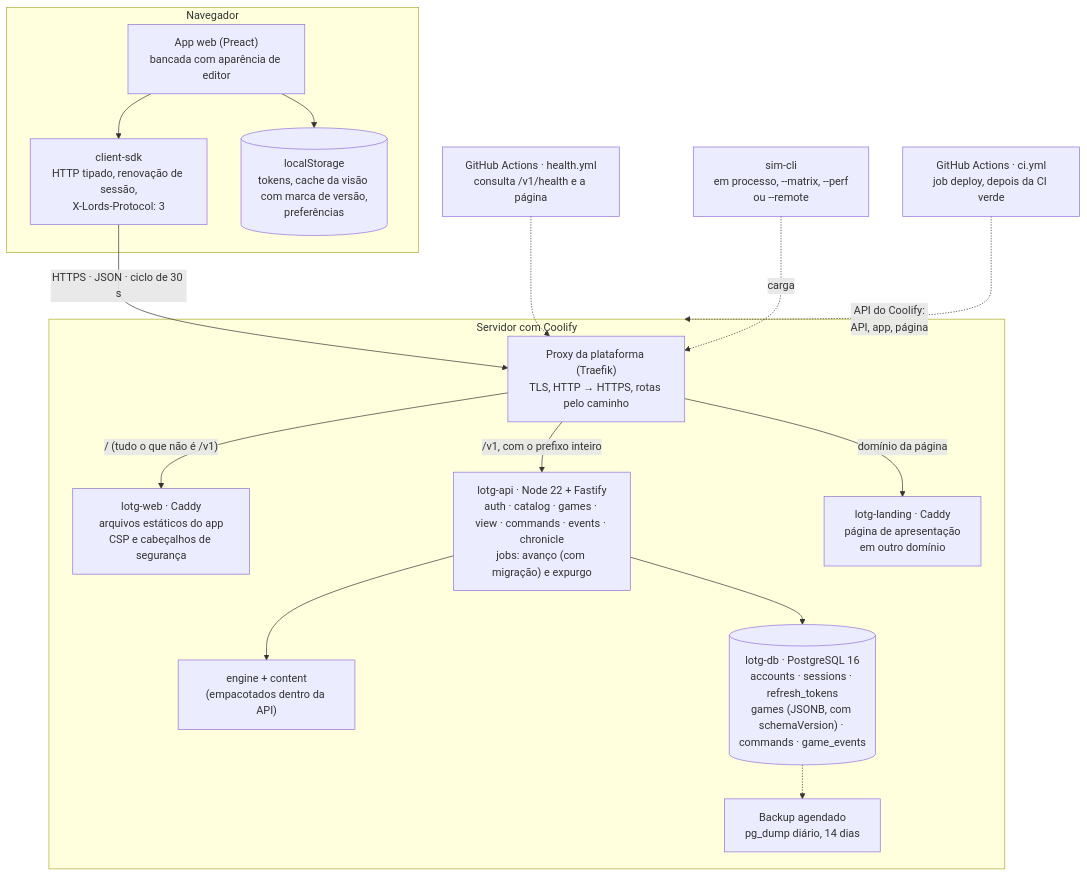
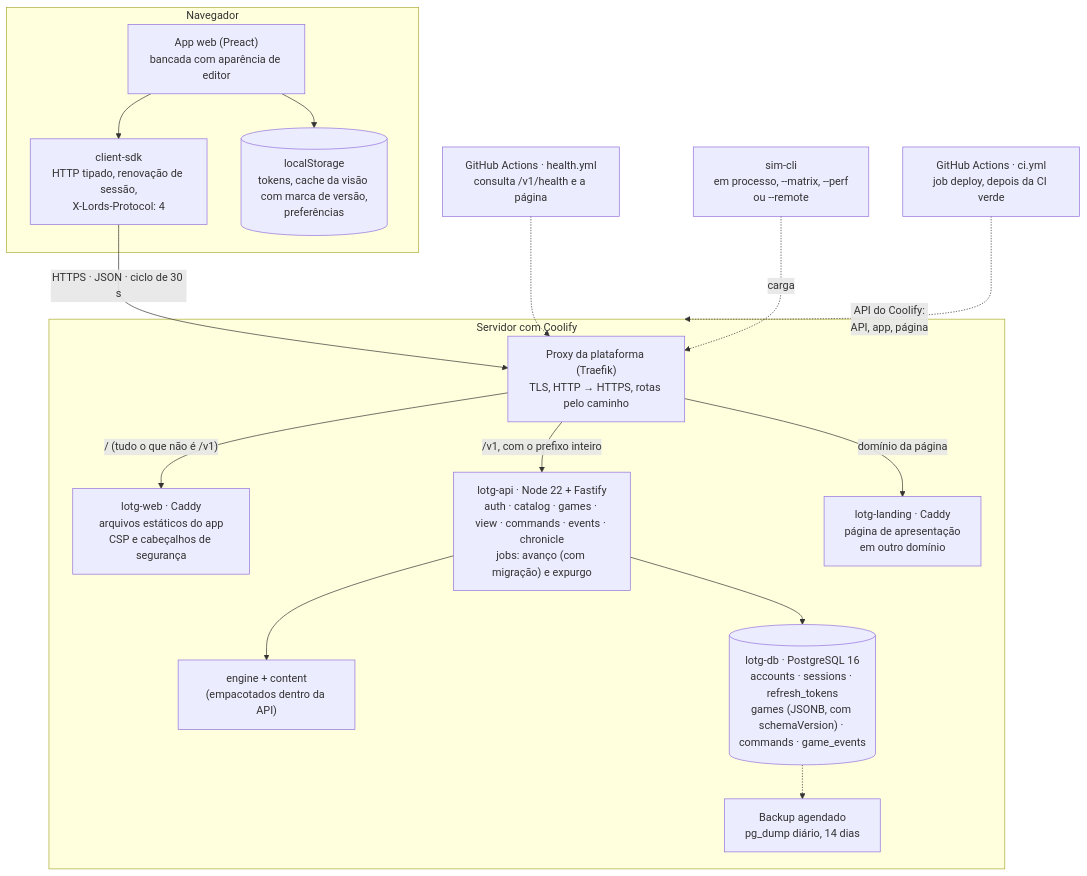
Before and after one commit to gustavopals/pals-vscode-game: the first of 3 diagrams in docs/architecture.md, drawn with Mermaid. The commit also changed other lines of this file, not shown here.

````diff
--- a/docs/architecture.md
+++ b/docs/architecture.md
@@ -24,33 +28,33 @@
 ```mermaid
 flowchart TB
     subgraph browser["Navegador"]
         App["App web (Preact)<br/>bancada com aparência de editor"]
-        SDK["client-sdk<br/>HTTP tipado, renovação de sessão,<br/>X-Lords-Protocol: 3"]
+        SDK["client-sdk<br/>HTTP tipado, renovação de sessão,<br/>X-Lords-Protocol: 4"]
         Store[("localStorage<br/>tokens, cache da visão com marca de versão,<br/>preferências")]
         App --> SDK
         App --> Store
     end
 
     SDK -- "HTTPS · JSON · ciclo de 30 s" --> Proxy
 
     subgraph coolify["Servidor com Coolify"]
         Proxy["Proxy da plataforma (Traefik)<br/>TLS, HTTP → HTTPS, rotas pelo caminho"]
         Web["lotg-web · Caddy<br/>arquivos estáticos do app<br/>CSP e cabeçalhos de segurança"]
         API["lotg-api · Node 22 + Fastify<br/>auth · catalog · games · view · commands · events · chronicle<br/>jobs: avanço (com migração) e expurgo"]
         Engine["engine + content<br/>(empacotados dentro da API)"]
         DB[("lotg-db · PostgreSQL 16<br/>accounts · sessions · refresh_tokens<br/>games (JSONB, com schemaVersion) · commands · game_events")]
         Backup["Backup agendado<br/>pg_dump diário, 14 dias"]
         Landing["lotg-landing · Caddy<br/>página de apresentação<br/>em outro domínio"]
 
         Proxy -- "/ (tudo o que não é /v1)" --> Web
         Proxy -- "/v1, com o prefixo inteiro" --> API
         Proxy -- "domínio da página" --> Landing
         API --> Engine
         API --> DB
         DB -.-> Backup
     end
 
     Monitor["GitHub Actions · health.yml<br/>consulta /v1/health e a página"] -.-> Proxy
     Sim["sim-cli<br/>em processo, --matrix, --perf<br/>ou --remote"] -. "carga" .-> Proxy
     Deploy["GitHub Actions · ci.yml<br/>job deploy, depois da CI verde"] -. "API do Coolify:<br/>API, app, página" .-> coolify
 ```
````
